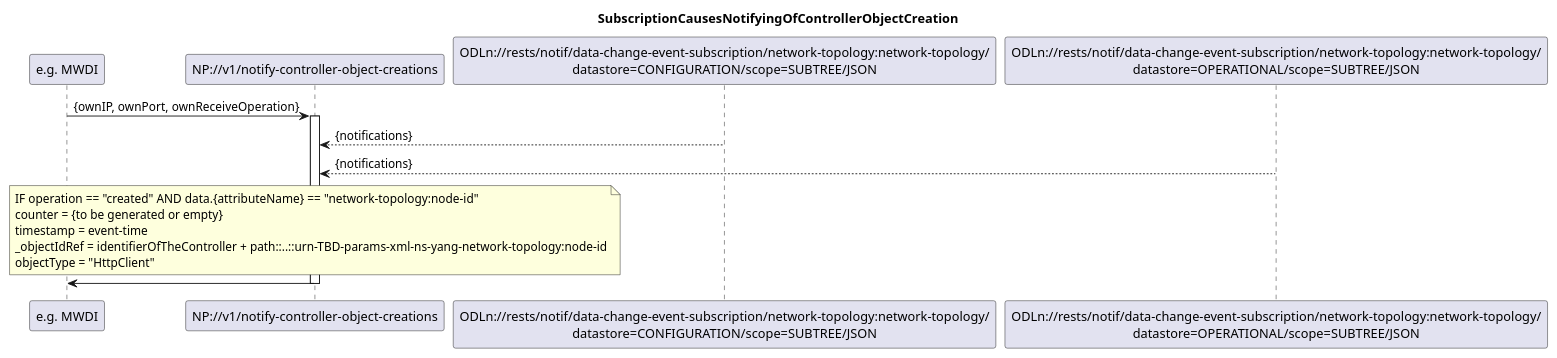
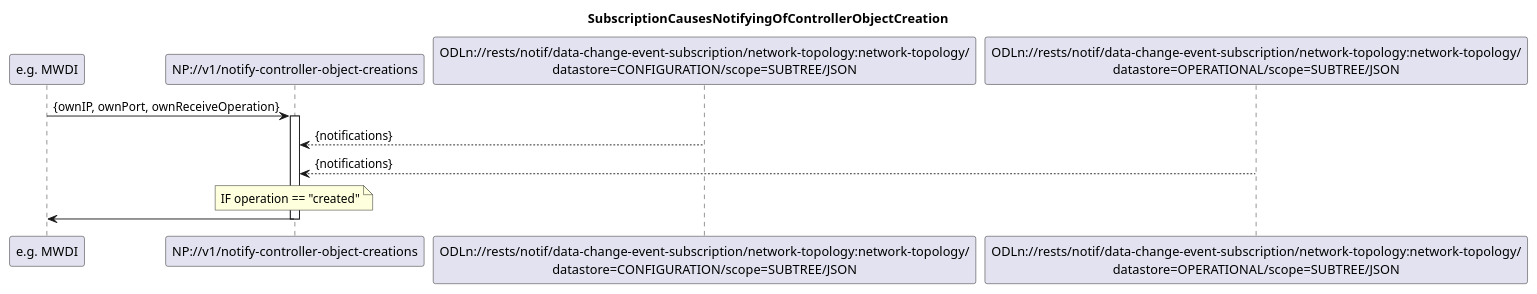
Before and after one commit to openBackhaul/NotificationProxy: the diagram in spec/diagrams/is012_NotifyingOfControllerObjectCreation.plantuml, drawn with PlantUML. The commit also changed 18 other files, not shown here.

Commit message:
Update diagrams

```diff
--- a/spec/diagrams/is012_NotifyingOfControllerObjectCreation.plantuml
+++ b/spec/diagrams/is012_NotifyingOfControllerObjectCreation.plantuml
@@ -1,29 +1,25 @@
 @startuml is012_NotifyingOfControllerObjectCreation
 skinparam responseMessageBelowArrow true
 
 title SubscriptionCausesNotifyingOfControllerObjectCreation
 
 participant "e.g. MWDI" as Subscriber
 participant "NP://v1/notify-controller-object-creations" as NP_notifyNewObjects
 participant "ODLn://rests/notif/data-change-event-subscription/network-topology:network-topology/\ndatastore=CONFIGURATION/scope=SUBTREE/JSON" as Configuration
 participant "ODLn://rests/notif/data-change-event-subscription/network-topology:network-topology/\ndatastore=OPERATIONAL/scope=SUBTREE/JSON" as Operational
 
 Subscriber -> NP_notifyNewObjects: {ownIP, ownPort, ownReceiveOperation}
 activate NP_notifyNewObjects
 
 Configuration --> NP_notifyNewObjects: {notifications}
 Operational --> NP_notifyNewObjects: {notifications}
 
 note over NP_notifyNewObjects
-IF operation == "created" AND data.{attributeName} == "network-topology:node-id"
-counter = {to be generated or empty}
-timestamp = event-time
-_objectIdRef = identifierOfTheController + path::..::urn-TBD-params-xml-ns-yang-network-topology:node-id
-objectType = "HttpClient"
+IF operation == "created"
 end note
 
 Subscriber <- NP_notifyNewObjects
 
 deactivate NP_notifyNewObjects
 
 @enduml
```
